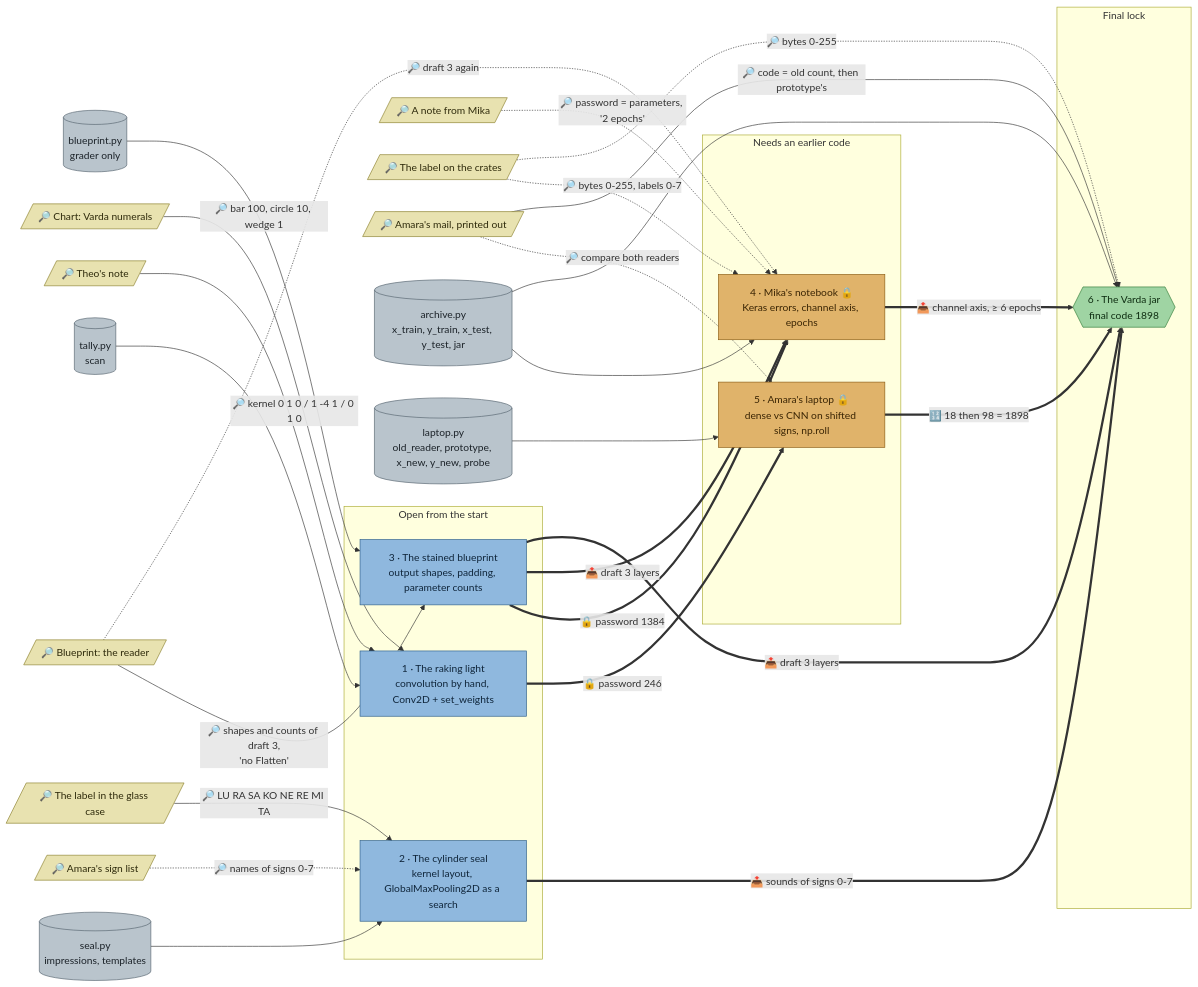
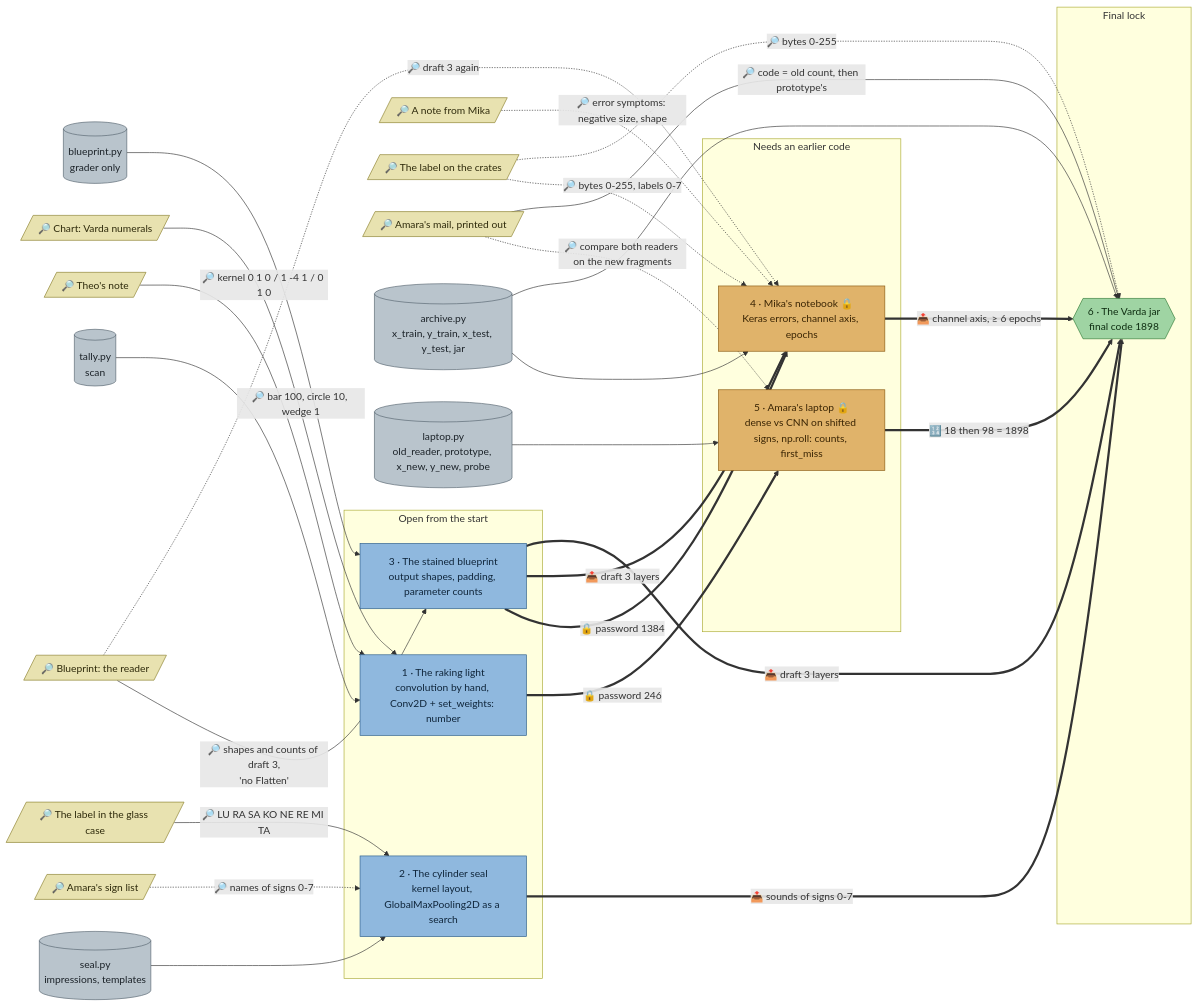
The diagram in docs/flows/nn-tablets.md (mhoffmann-wbs/DataScienceEscapeRooms), drawn with Mermaid before and after one commit. The commit also changed other lines of this file and 26 other files, not shown here.

````diff
--- a/docs/flows/nn-tablets.md
+++ b/docs/flows/nn-tablets.md
@@ -5,70 +5,70 @@
 ```mermaid
 flowchart LR
   theonote[/"🔎 Theo's note"/]
   numerals[/"🔎 Chart: Varda numerals"/]
   signlist[/"🔎 Amara's sign list"/]
   sealcaption[/"🔎 The label in the glass case"/]
   blueprintsheet[/"🔎 Blueprint: the reader"/]
   mikanote[/"🔎 A note from Mika"/]
   archivelabel[/"🔎 The label on the crates"/]
   amaramail[/"🔎 Amara's mail, printed out"/]
 
   d_tally[("tally.py<br/>scan")]
   d_seal[("seal.py<br/>impressions, templates")]
   d_blueprint[("blueprint.py<br/>grader only")]
   d_archive[("archive.py<br/>x_train, y_train, x_test, y_test, jar")]
   d_laptop[("laptop.py<br/>old_reader, prototype, x_new, y_new, probe")]
 
   subgraph p1["Open from the start"]
-    tally["1 · The raking light<br/>convolution by hand, Conv2D + set_weights"]
+    tally["1 · The raking light<br/>convolution by hand, Conv2D + set_weights: number"]
     seal["2 · The cylinder seal<br/>kernel layout, GlobalMaxPooling2D as a search"]
     blueprint["3 · The stained blueprint<br/>output shapes, padding, parameter counts"]
   end
 
   subgraph p2["Needs an earlier code"]
     notebook["4 · Mika's notebook 🔒<br/>Keras errors, channel axis, epochs"]
-    laptop["5 · Amara's laptop 🔒<br/>dense vs CNN on shifted signs, np.roll"]
+    laptop["5 · Amara's laptop 🔒<br/>dense vs CNN on shifted signs, np.roll: counts, first_miss"]
   end
 
   subgraph p3["Final lock"]
     jar{{"6 · The Varda jar<br/>final code 1898"}}
   end
 
   d_tally --> tally
   d_seal --> seal
   d_blueprint --> blueprint
   d_archive --> notebook
   d_archive --> jar
   d_laptop --> laptop
 
   theonote -->|"🔎 kernel 0 1 0 / 1 -4 1 / 0 1 0"| tally
   numerals -->|"🔎 bar 100, circle 10, wedge 1"| tally
   signlist -.->|"🔎 names of signs 0-7"| seal
   sealcaption -->|"🔎 LU RA SA KO NE RE MI TA"| seal
   blueprintsheet -->|"🔎 shapes and counts of draft 3,<br/>'no Flatten'"| blueprint
   blueprintsheet -.->|"🔎 draft 3 again"| notebook
-  mikanote -.->|"🔎 password = parameters, '2 epochs'"| notebook
+  mikanote -.->|"🔎 error symptoms: negative size, shape"| notebook
   archivelabel -.->|"🔎 bytes 0-255, labels 0-7"| notebook
   archivelabel -.->|"🔎 bytes 0-255"| jar
-  amaramail -.->|"🔎 compare both readers"| laptop
+  amaramail -.->|"🔎 compare both readers on the new fragments"| laptop
   amaramail -->|"🔎 code = old count, then prototype's"| jar
 
   blueprint ==>|"🔒 password 1384"| notebook
   blueprint ==>|"📤 draft 3 layers"| notebook
   tally ==>|"🔒 password 246"| laptop
   laptop ==>|"🔢 18 then 98 = 1898"| jar
   seal ==>|"📤 sounds of signs 0-7"| jar
   blueprint ==>|"📤 draft 3 layers"| jar
   notebook ==>|"📤 channel axis, ≥ 6 epochs"| jar
 
   classDef station fill:#8fb8de,stroke:#2b5d8a,color:#10263b
   classDef locked fill:#e0b36a,stroke:#8a5a12,color:#3a2504
   classDef clue fill:#e8e2b0,stroke:#8a7f2b,color:#2e2a0b
   classDef data fill:#b9c4cc,stroke:#55636e,color:#1c2329
   classDef final fill:#9fd4a3,stroke:#2f7a36,color:#0f2e12
   class tally,seal,blueprint station
   class notebook,laptop locked
   class theonote,numerals,signlist,sealcaption,blueprintsheet,mikanote,archivelabel,amaramail clue
   class d_tally,d_seal,d_blueprint,d_archive,d_laptop data
   class jar final
 ```
````
